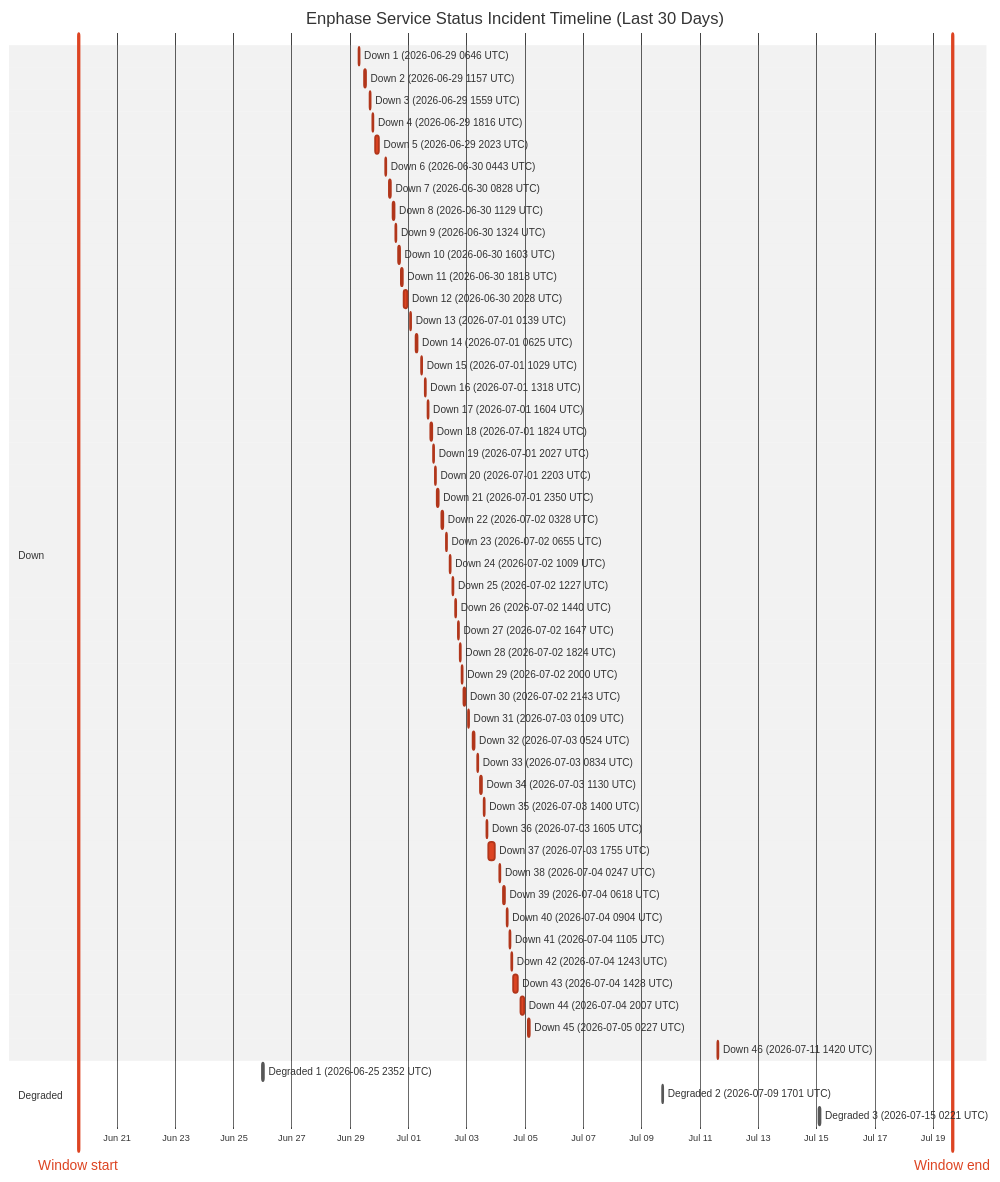
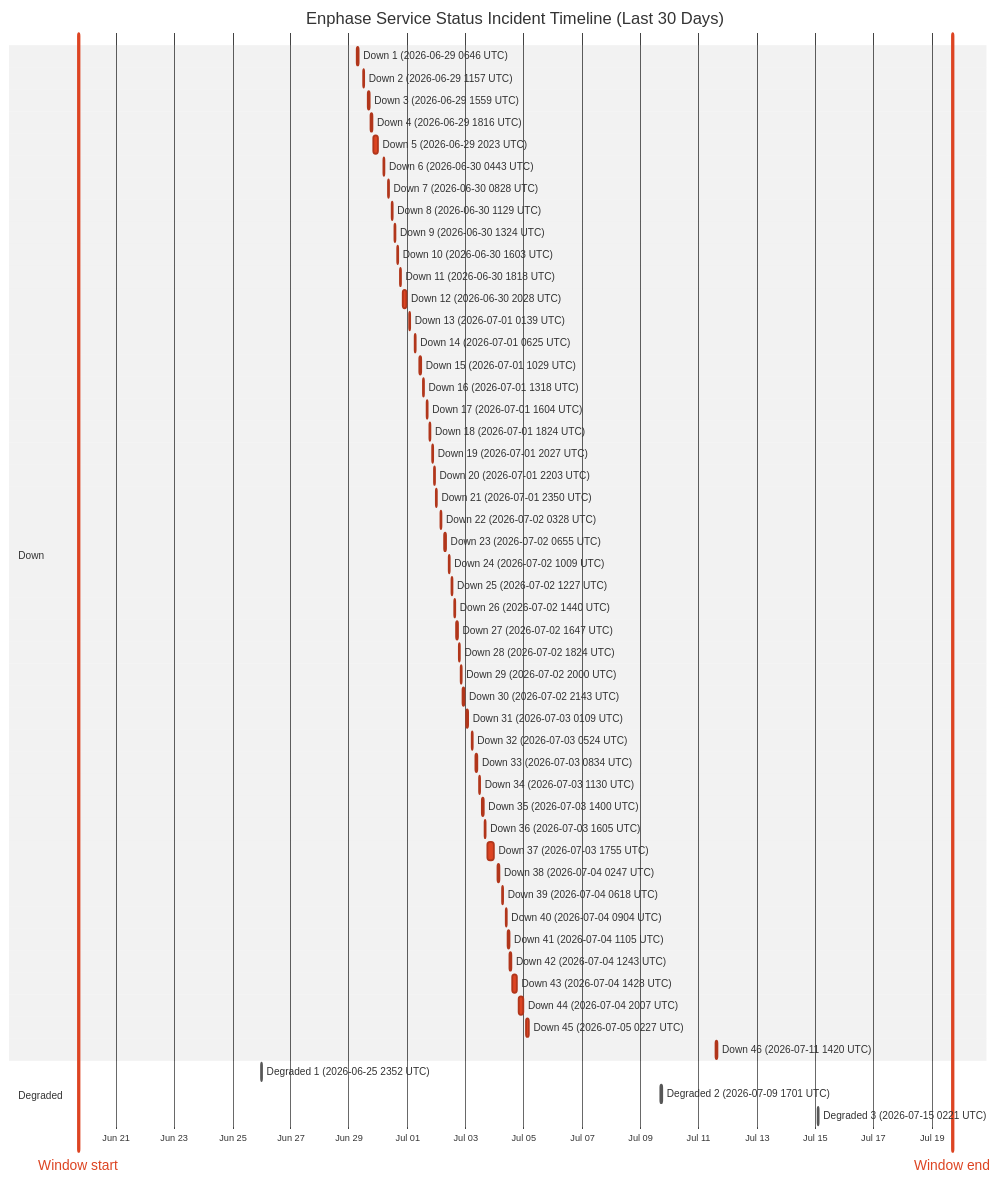
The diagram in wiki/Service-Status-History.md (barneyonline/ha-enphase-energy), drawn with Mermaid (neutral theme) before and after one commit. The commit also changed other lines of this file and 3 other files, not shown here.

````diff
--- a/wiki/Service-Status-History.md
+++ b/wiki/Service-Status-History.md
@@ -14,59 +14,59 @@
 ```mermaid
 gantt
     title Enphase Service Status Incident Timeline (Last 30 Days)
     dateFormat  YYYY-MM-DDTHH:mm:ss
     axisFormat  %b %d
-    Window start :vert, window-start, 2026-06-19T15:56:24, 0ms
-    Window end :vert, window-end, 2026-07-19T15:56:24, 0ms
+    Window start :vert, window-start, 2026-06-19T16:59:14, 0ms
+    Window end :vert, window-end, 2026-07-19T16:59:14, 0ms
     section Down
     Down 1 (2026-06-29 0646 UTC) :crit, down-1, 2026-06-29T06:46:18, 60m
     Down 2 (2026-06-29 1157 UTC) :crit, down-2, 2026-06-29T11:57:36, 60m
     Down 3 (2026-06-29 1559 UTC) :crit, down-3, 2026-06-29T15:59:02, 60m
     Down 4 (2026-06-29 1816 UTC) :crit, down-4, 2026-06-29T18:16:38, 60m
     Down 5 (2026-06-29 2023 UTC) :crit, down-5, 2026-06-29T20:23:16, 220m
     Down 6 (2026-06-30 0443 UTC) :crit, down-6, 2026-06-30T04:43:54, 60m
     Down 7 (2026-06-30 0828 UTC) :crit, down-7, 2026-06-30T08:28:43, 60m
     Down 8 (2026-06-30 1129 UTC) :crit, down-8, 2026-06-30T11:29:15, 60m
     Down 9 (2026-06-30 1324 UTC) :crit, down-9, 2026-06-30T13:24:25, 60m
     Down 10 (2026-06-30 1603 UTC) :crit, down-10, 2026-06-30T16:03:26, 60m
     Down 11 (2026-06-30 1818 UTC) :crit, down-11, 2026-06-30T18:18:39, 60m
     Down 12 (2026-06-30 2028 UTC) :crit, down-12, 2026-06-30T20:28:54, 171m
     Down 13 (2026-07-01 0139 UTC) :crit, down-13, 2026-07-01T01:39:18, 60m
     Down 14 (2026-07-01 0625 UTC) :crit, down-14, 2026-07-01T06:25:35, 60m
     Down 15 (2026-07-01 1029 UTC) :crit, down-15, 2026-07-01T10:29:24, 60m
     Down 16 (2026-07-01 1318 UTC) :crit, down-16, 2026-07-01T13:18:31, 60m
     Down 17 (2026-07-01 1604 UTC) :crit, down-17, 2026-07-01T16:04:29, 60m
     Down 18 (2026-07-01 1824 UTC) :crit, down-18, 2026-07-01T18:24:21, 60m
     Down 19 (2026-07-01 2027 UTC) :crit, down-19, 2026-07-01T20:27:17, 60m
     Down 20 (2026-07-01 2203 UTC) :crit, down-20, 2026-07-01T22:03:46, 60m
     Down 21 (2026-07-01 2350 UTC) :crit, down-21, 2026-07-01T23:50:52, 60m
     Down 22 (2026-07-02 0328 UTC) :crit, down-22, 2026-07-02T03:28:33, 60m
     Down 23 (2026-07-02 0655 UTC) :crit, down-23, 2026-07-02T06:55:07, 60m
     Down 24 (2026-07-02 1009 UTC) :crit, down-24, 2026-07-02T10:09:15, 60m
     Down 25 (2026-07-02 1227 UTC) :crit, down-25, 2026-07-02T12:27:49, 60m
     Down 26 (2026-07-02 1440 UTC) :crit, down-26, 2026-07-02T14:40:53, 60m
     Down 27 (2026-07-02 1647 UTC) :crit, down-27, 2026-07-02T16:47:47, 60m
     Down 28 (2026-07-02 1824 UTC) :crit, down-28, 2026-07-02T18:24:26, 60m
     Down 29 (2026-07-02 2000 UTC) :crit, down-29, 2026-07-02T20:00:57, 60m
     Down 30 (2026-07-02 2143 UTC) :crit, down-30, 2026-07-02T21:43:52, 80m
     Down 31 (2026-07-03 0109 UTC) :crit, down-31, 2026-07-03T01:09:19, 60m
     Down 32 (2026-07-03 0524 UTC) :crit, down-32, 2026-07-03T05:24:23, 60m
     Down 33 (2026-07-03 0834 UTC) :crit, down-33, 2026-07-03T08:34:05, 60m
     Down 34 (2026-07-03 1130 UTC) :crit, down-34, 2026-07-03T11:30:41, 60m
     Down 35 (2026-07-03 1400 UTC) :crit, down-35, 2026-07-03T14:00:48, 60m
     Down 36 (2026-07-03 1605 UTC) :crit, down-36, 2026-07-03T16:05:49, 60m
     Down 37 (2026-07-03 1755 UTC) :crit, down-37, 2026-07-03T17:55:54, 338m
     Down 38 (2026-07-04 0247 UTC) :crit, down-38, 2026-07-04T02:47:22, 60m
     Down 39 (2026-07-04 0618 UTC) :crit, down-39, 2026-07-04T06:18:09, 60m
     Down 40 (2026-07-04 0904 UTC) :crit, down-40, 2026-07-04T09:04:41, 60m
     Down 41 (2026-07-04 1105 UTC) :crit, down-41, 2026-07-04T11:05:21, 60m
     Down 42 (2026-07-04 1243 UTC) :crit, down-42, 2026-07-04T12:43:25, 60m
     Down 43 (2026-07-04 1428 UTC) :crit, down-43, 2026-07-04T14:28:07, 243m
     Down 44 (2026-07-04 2007 UTC) :crit, down-44, 2026-07-04T20:07:50, 206m
     Down 45 (2026-07-05 0227 UTC) :crit, down-45, 2026-07-05T02:27:32, 109m
     Down 46 (2026-07-11 1420 UTC) :crit, down-46, 2026-07-11T14:20:54, 69m
     section Degraded
     Degraded 1 (2026-06-25 2352 UTC) :active, degraded-1, 2026-06-25T23:52:01, 60m
     Degraded 2 (2026-07-09 1701 UTC) :active, degraded-2, 2026-07-09T17:01:02, 60m
     Degraded 3 (2026-07-15 0221 UTC) :active, degraded-3, 2026-07-15T02:21:35, 60m
 ```
````
